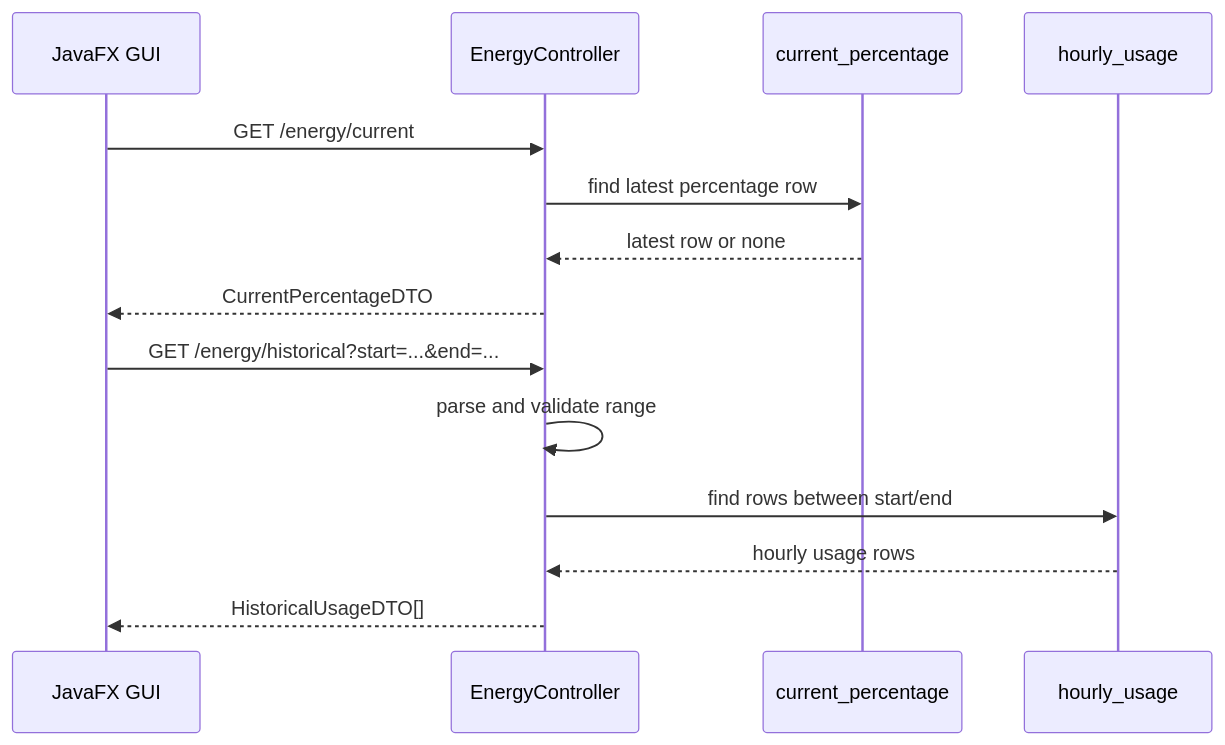
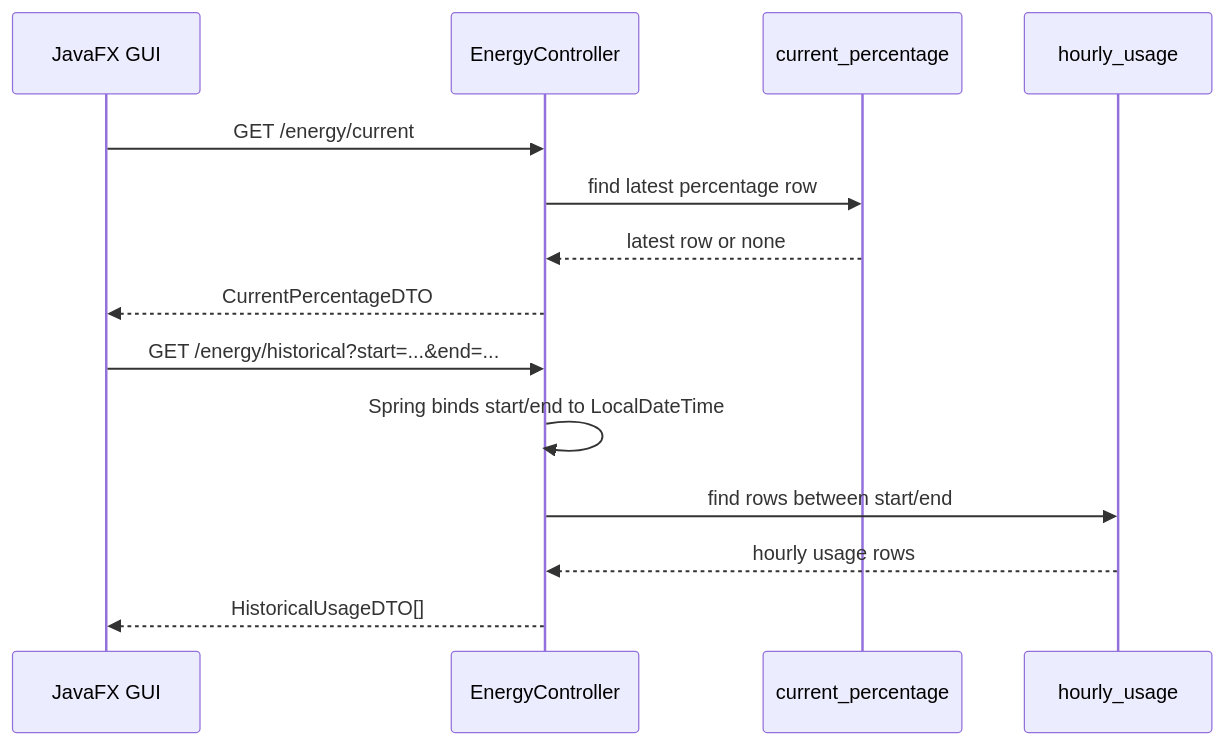
The second of 2 diagrams in docs/modules-documentation/rest-api.md (Dev02Liu/energy_community_project), drawn with Mermaid before and after one commit. The commit also changed other lines of this file and 8 other files, not shown here.

````diff
--- a/docs/modules-documentation/rest-api.md
+++ b/docs/modules-documentation/rest-api.md
@@ -82,18 +82,18 @@
 ```mermaid
 sequenceDiagram
     participant GUI as JavaFX GUI
     participant API as EnergyController
     participant CP as current_percentage
     participant HU as hourly_usage
 
     GUI->>API: GET /energy/current
     API->>CP: find latest percentage row
     CP-->>API: latest row or none
     API-->>GUI: CurrentPercentageDTO
 
     GUI->>API: GET /energy/historical?start=...&end=...
-    API->>API: parse and validate range
+    API->>API: Spring binds start/end to LocalDateTime
     API->>HU: find rows between start/end
     HU-->>API: hourly usage rows
     API-->>GUI: HistoricalUsageDTO[]
 ```
````
